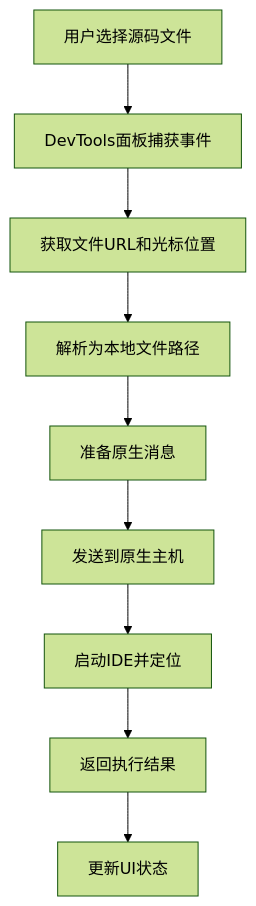
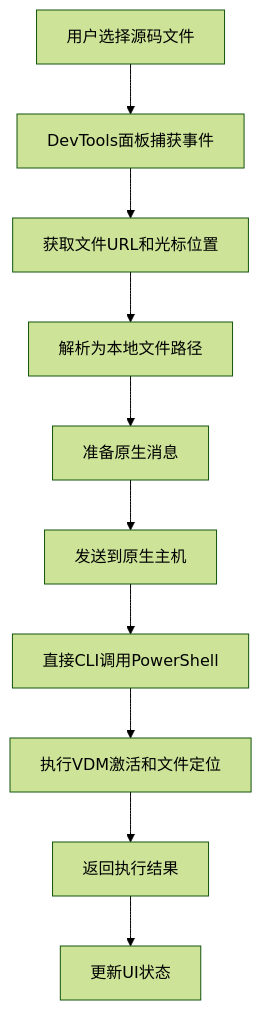
Before and after one commit to wangys-123doit/hotkey: the third of 10 diagrams in .qoder/repowiki/zh/content/外部工具集成/DevTools VS Code 开发者工具集成系统.md, drawn with Mermaid (forest theme). The commit also changed other lines of this file and 9 other files, not shown here.

````diff
--- a/.qoder/repowiki/zh/content/外部工具集成/DevTools VS Code 开发者工具集成系统.md
+++ b/.qoder/repowiki/zh/content/外部工具集成/DevTools VS Code 开发者工具集成系统.md
@@ -141,11 +152,12 @@
 ```mermaid
 flowchart TD
 A[用户选择源码文件] --> B[DevTools面板捕获事件]
 B --> C[获取文件URL和光标位置]
 C --> D[解析为本地文件路径]
 D --> E[准备原生消息]
 E --> F[发送到原生主机]
-F --> G[启动IDE并定位]
-G --> H[返回执行结果]
-H --> I[更新UI状态]
+F --> G[直接CLI调用PowerShell]
+G --> H[执行VDM激活和文件定位]
+H --> I[返回执行结果]
+I --> J[更新UI状态]
 ```
````
